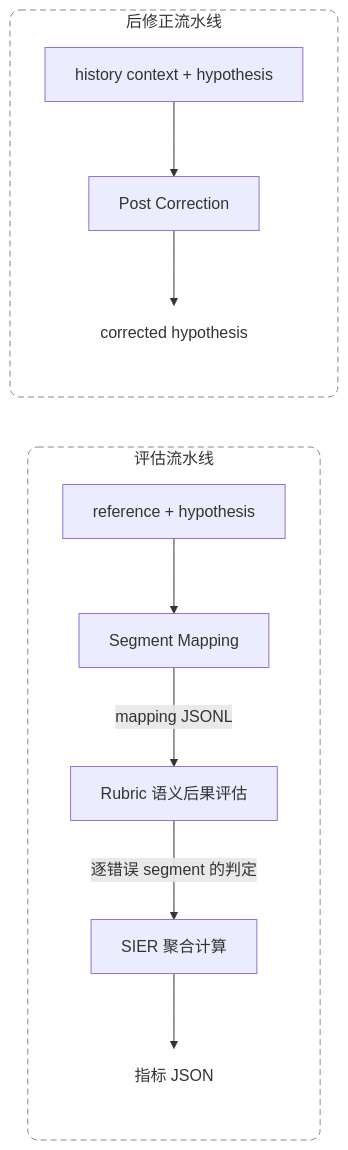
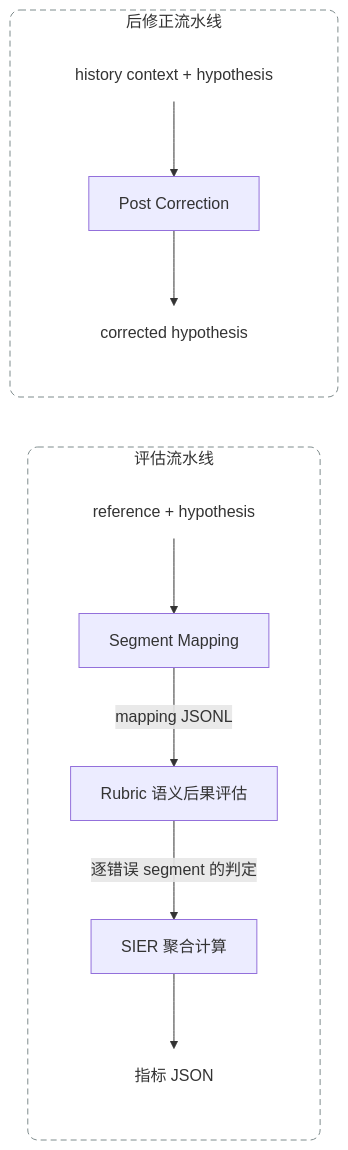
The first of 3 diagrams in README.md (NytePlus/SMART), drawn with Mermaid before and after one commit. The commit also changed other lines of this file, not shown here.

Commit message:
Render pipeline inputs and outputs as plain text

````diff
--- a/README.md
+++ b/README.md
@@ -25,20 +25,20 @@
 ```mermaid
 flowchart LR
     subgraph Evaluation[评估流水线]
         E1[reference + hypothesis] --> M[Segment Mapping]
         M -->|mapping JSONL| R[Rubric 语义后果评估]
         R -->|逐错误 segment 的判定| S[SIER 聚合计算]
         S --> E2[指标 JSON]
     end
 
     subgraph Correction[后修正流水线]
         C1[history context + hypothesis] --> P[Post Correction]
         P --> C2[corrected hypothesis]
     end
 
-    classDef artifact fill:transparent,stroke:transparent,stroke-width:0px
-    class E2,C2 artifact
+    classDef plainText fill:transparent,stroke:transparent,stroke-width:0px
+    class E1,C1,E2,C2 plainText
 
     style Evaluation fill:transparent,stroke:#7f8c8d,stroke-width:1px,stroke-dasharray:6 4,rx:10px,ry:10px
     style Correction fill:transparent,stroke:#7f8c8d,stroke-width:1px,stroke-dasharray:6 4,rx:10px,ry:10px
 ```
````
